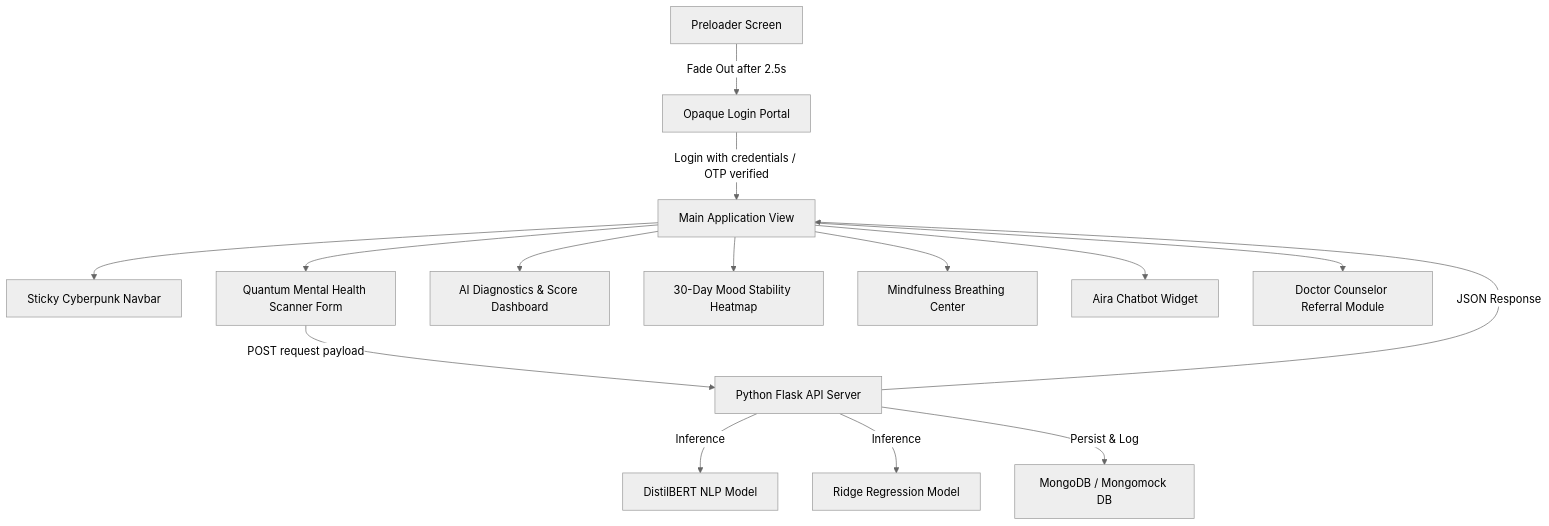
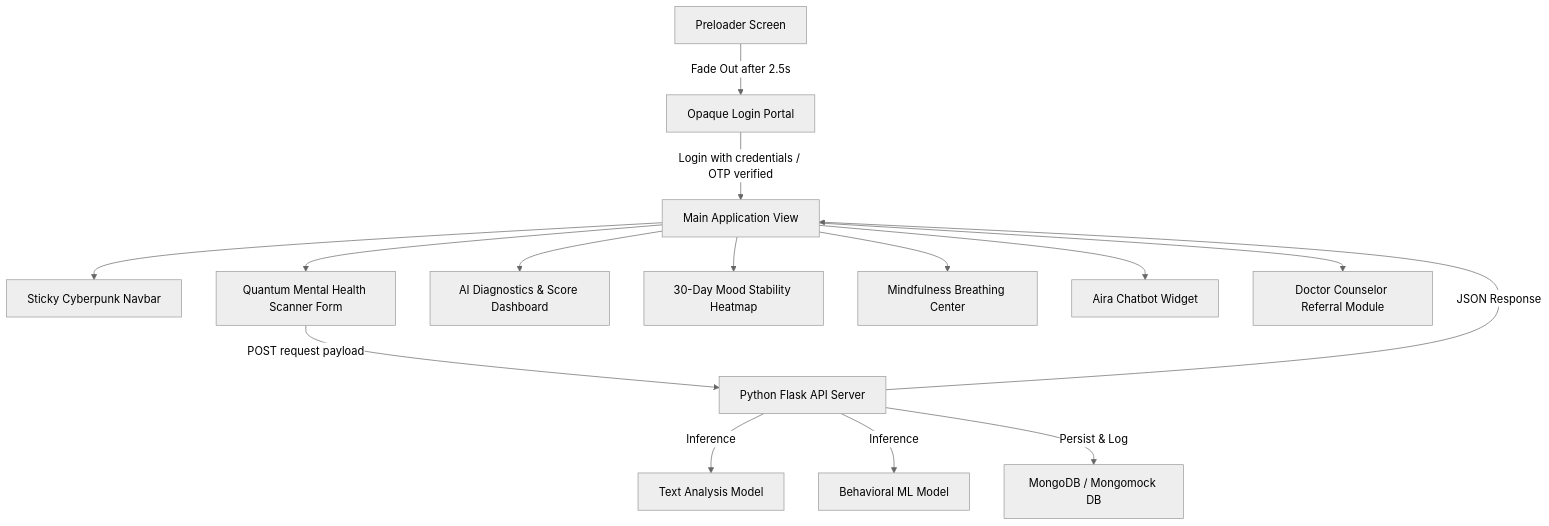
The diagram in README.md (anandsinghrathore324-cmyk/Anandsinghrathore-Mental-Health-Monitoring), drawn with Mermaid (neutral theme) before and after one commit. The commit also changed other lines of this file and 45 other files, not shown here.

````diff
--- a/README.md
+++ b/README.md
@@ -10,17 +10,17 @@
 ```mermaid
 graph TD
     A[Preloader Screen] -->|Fade Out after 2.5s| B[Opaque Login Portal]
     B -->|Login with credentials / OTP verified| C[Main Application View]
     C --> D[Sticky Cyberpunk Navbar]
     C --> E[Quantum Mental Health Scanner Form]
     E -->|POST request payload| F[Python Flask API Server]
-    F -->|Inference| G1[DistilBERT NLP Model]
-    F -->|Inference| G2[Ridge Regression Model]
+    F -->|Inference| G1[Text Analysis Model]
+    F -->|Inference| G2[Behavioral ML Model]
     F -->|Persist & Log| H[MongoDB / Mongomock DB]
     F -->|JSON Response| C
     C --> I[AI Diagnostics & Score Dashboard]
     C --> J[30-Day Mood Stability Heatmap]
     C --> K[Mindfulness Breathing Center]
     C --> L[Aira Chatbot Widget]
     C --> M[Doctor Counselor Referral Module]
 ```
````
